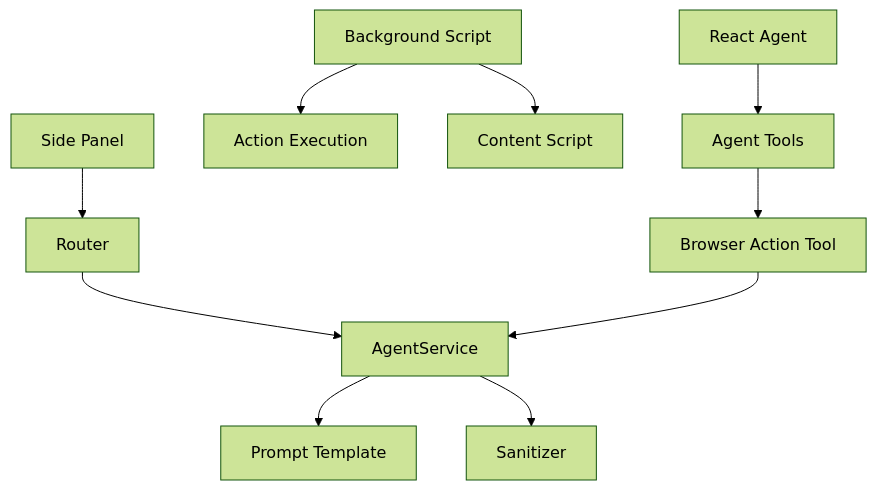
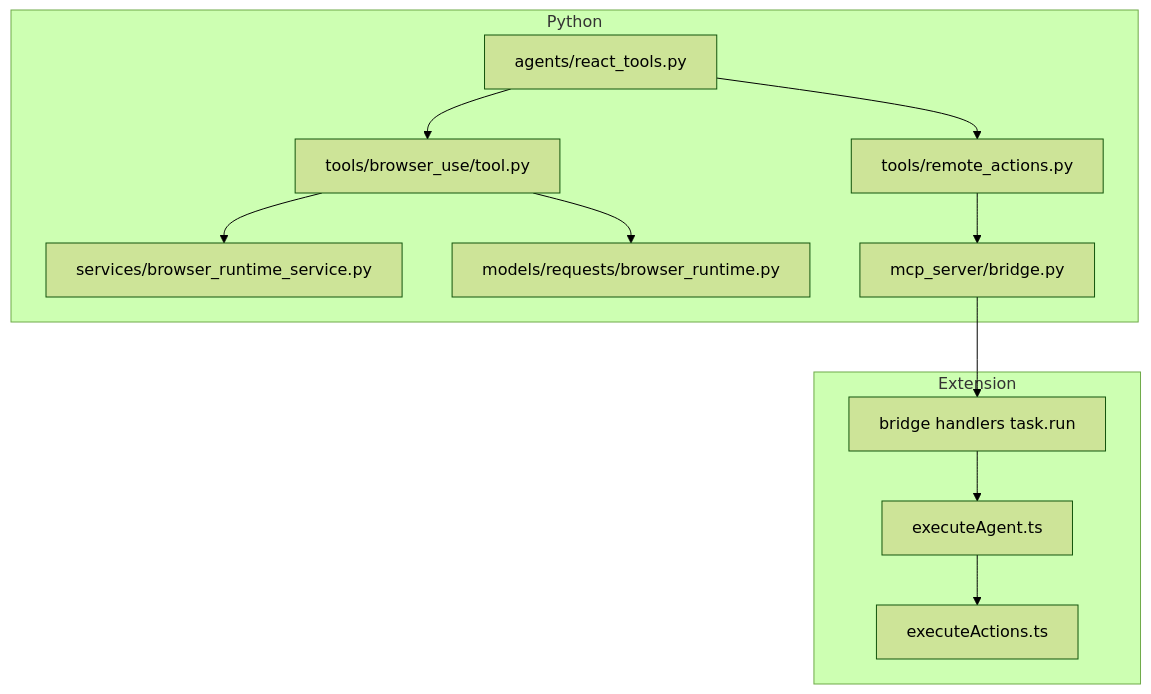
One commit to tashifkhan/tashif.codes changed the fifth of 5 diagrams in src/data/docs/agentic-browser/Tool System/Browser Automation Tools.md. Above: the diagram before and after it, drawn with Mermaid (forest theme). The commit also changed other lines of this file and 114 other files, not shown here.

````diff
--- a/src/data/docs/agentic-browser/Tool System/Browser Automation Tools.md
+++ b/src/data/docs/agentic-browser/Tool System/Browser Automation Tools.md
@@ -220,12 +125,24 @@
 ```mermaid
 graph TB
-SVC["AgentService"] --> PROMPT["Prompt Template"]
-SVC --> SAN["Sanitizer"]
-API["Router"] --> SVC
-UI["Side Panel"] --> API
-BG["Background Script"] --> BGExec["Action Execution"]
-BG --> CS["Content Script"]
-RA["React Agent"] --> RT["Agent Tools"]
-RT --> BA["Browser Action Tool"]
-BA --> SVC
+  subgraph Python
+    RT["agents/react_tools.py"]
+    BT["tools/browser_use/tool.py"]
+    RA["tools/remote_actions.py"]
+    Svc["services/browser_runtime_service.py"]
+    Models["models/requests/browser_runtime.py"]
+    Bridge["mcp_server/bridge.py"]
+  end
+  subgraph Extension
+    Handler["bridge handlers task.run"]
+    Loop["executeAgent.ts"]
+    Exec["executeActions.ts"]
+  end
+  RT --> BT
+  RT --> RA
+  BT --> Svc
+  BT --> Models
+  RA --> Bridge
+  Bridge --> Handler
+  Handler --> Loop
+  Loop --> Exec
 ```
````
